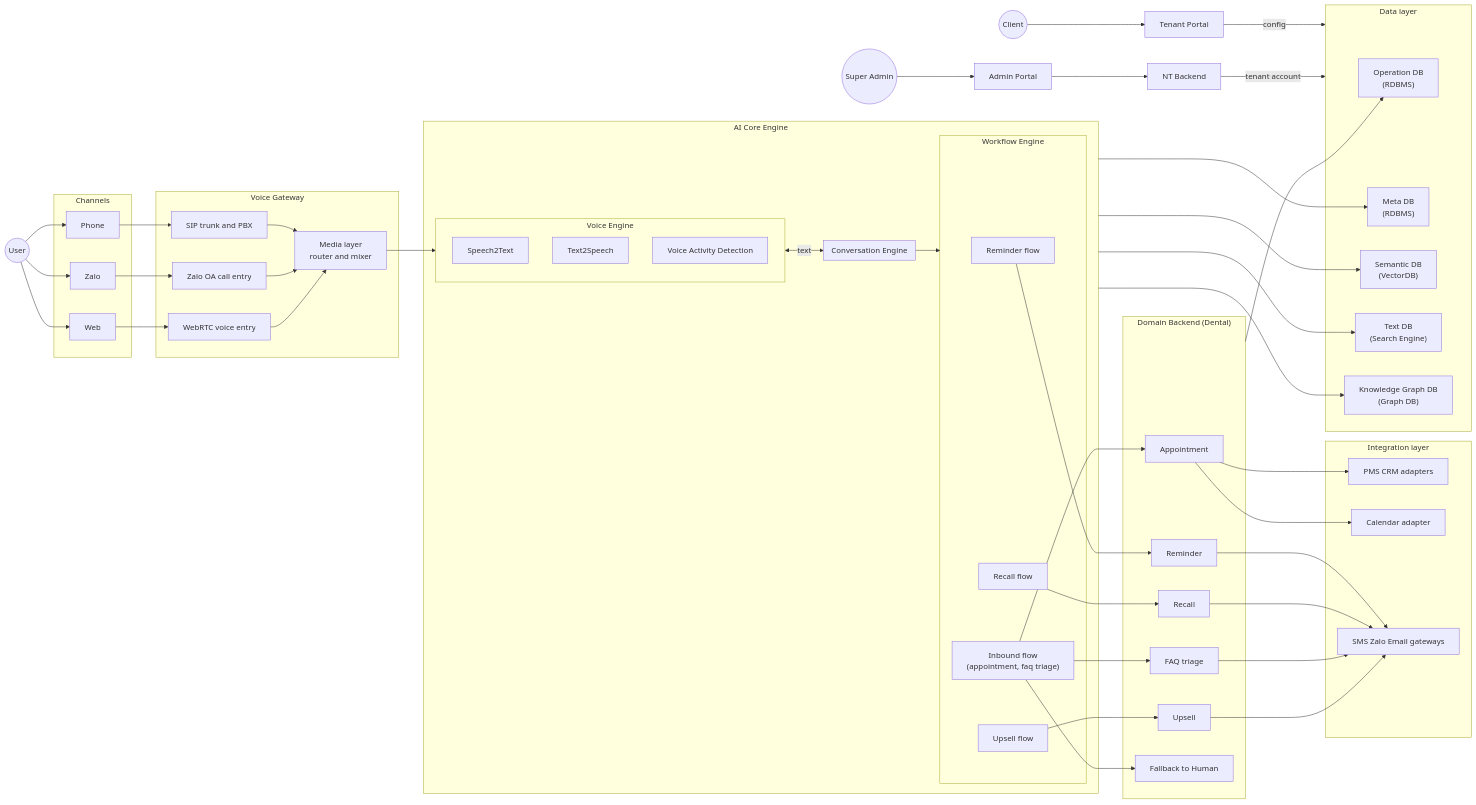
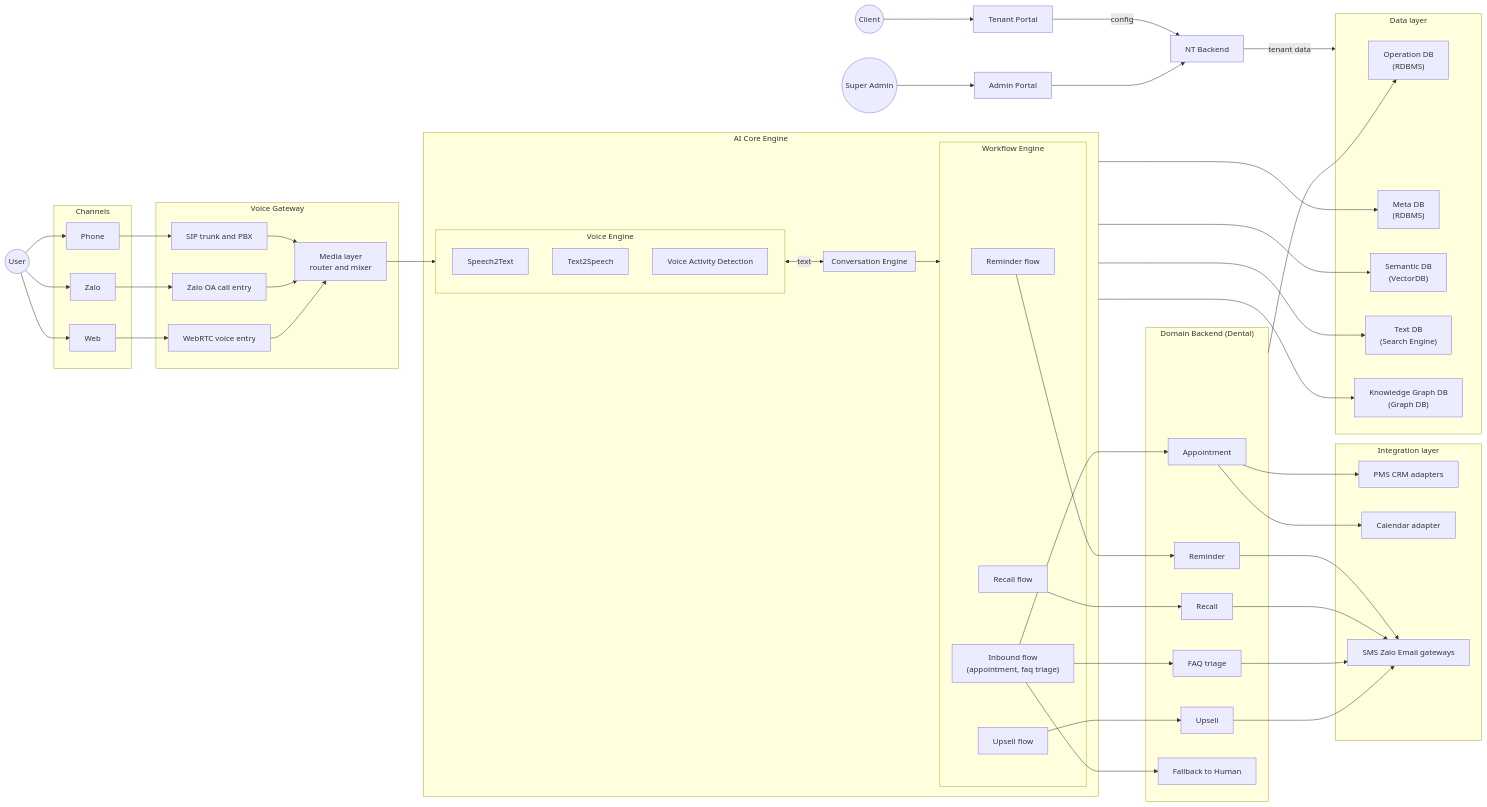
Before and after one commit to anhttmle/CAIO: the diagram in NuiTruc/voicebot-inbound/design.md, drawn with Mermaid.

```diff
--- a/NuiTruc/voicebot-inbound/design.md
+++ b/NuiTruc/voicebot-inbound/design.md
@@ -80,10 +80,10 @@
 
   media_layer --> voice_engine
   client --> tenant_portal
-  tenant_portal --"config"--> data_layer
+  tenant_portal --"config"--> NT_be
   admin --> admin_portal
   admin_portal --> NT_be
-  NT_be --"tenant account"--> data_layer
+  NT_be --"tenant data"--> data_layer
 
   ai_core_engine --> semantic_db
   ai_core_engine --> text_db
```
